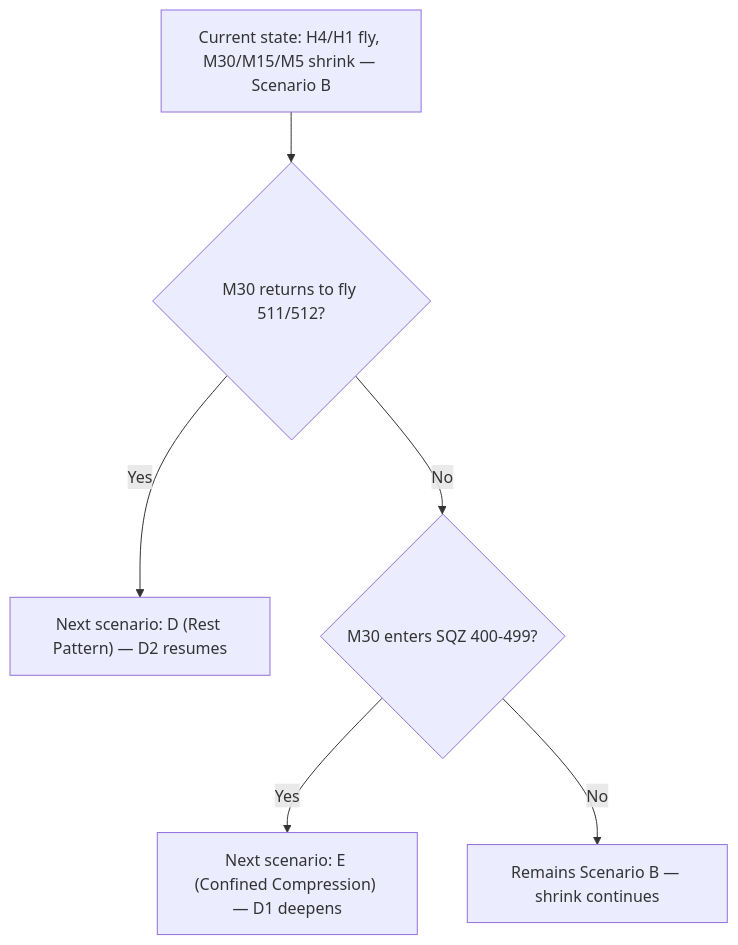
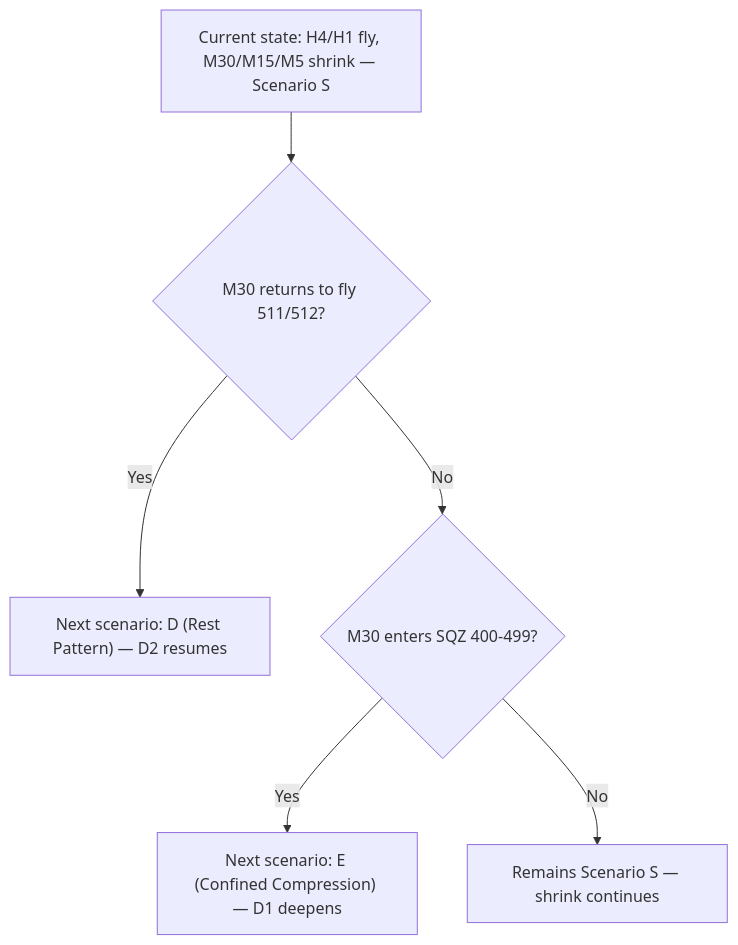
The second of 12 diagrams in references/IMAGE_ANALYSIS.md (Terrypang89/BB_MTF_M15_STRATEGY), drawn with Mermaid before and after one commit. The commit also changed other lines of this file and 12 other files, not shown here.

````diff
--- a/references/IMAGE_ANALYSIS.md
+++ b/references/IMAGE_ANALYSIS.md
@@ -134,9 +134,9 @@
 ```mermaid
 flowchart TD
-    A["Current state: H4/H1 fly, M30/M15/M5 shrink — Scenario B"]
+    A["Current state: H4/H1 fly, M30/M15/M5 shrink — Scenario S"]
     A --> B{"M30 returns to fly 511/512?"}
     B -->|Yes| C["Next scenario: D (Rest Pattern) — D2 resumes"]
     B -->|No| D{"M30 enters SQZ 400-499?"}
     D -->|Yes| E["Next scenario: E (Confined Compression) — D1 deepens"]
-    D -->|No| F["Remains Scenario B — shrink continues"]
+    D -->|No| F["Remains Scenario S — shrink continues"]
 ```
````
